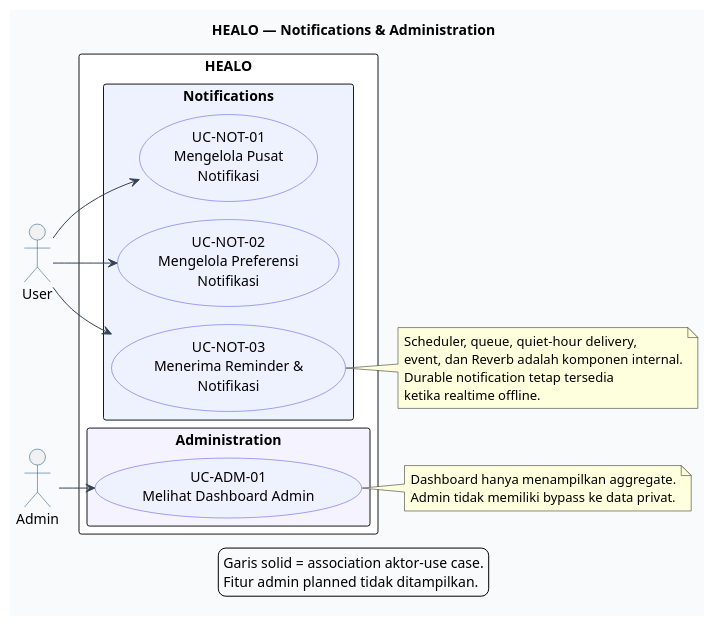
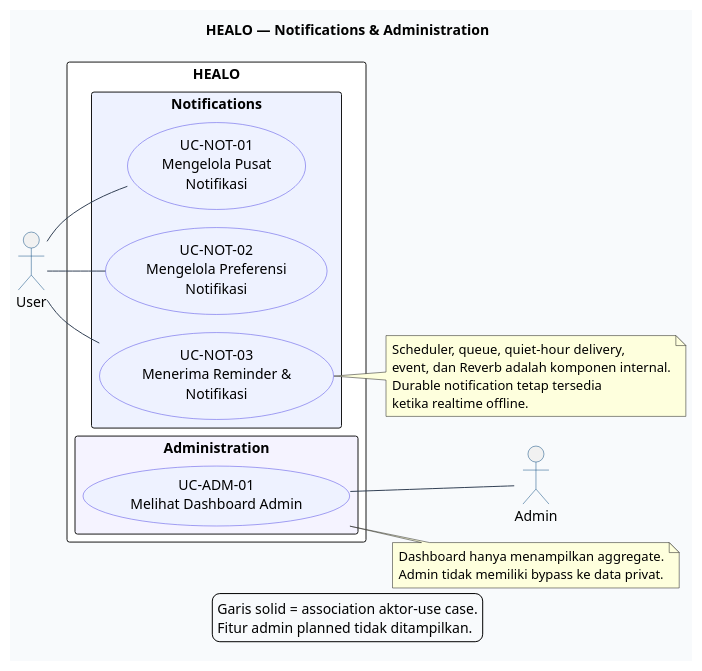
One commit to Daffa-Qiao/Healo changed the diagram in docs/as-built/04-use-case-diagrams/src/06-notifications-admin.puml. Above: the diagram before and after it, drawn with PlantUML. The commit also changed 113 other files, not shown here.

```diff
--- a/docs/as-built/04-use-case-diagrams/src/06-notifications-admin.puml
+++ b/docs/as-built/04-use-case-diagrams/src/06-notifications-admin.puml
@@ -1,49 +1,49 @@
 @startuml
 !pragma layout smetana
 title HEALO — Notifications & Administration
 left to right direction
 skinparam backgroundColor #F8FAFC
 skinparam shadowing false
 skinparam packageStyle rectangle
 skinparam defaultFontName Arial
 skinparam ArrowColor #334155
 skinparam ActorBorderColor #0F4C81
 skinparam UsecaseBorderColor #4F46E5
 skinparam UsecaseBackgroundColor #EEF2FF
 
 actor User as USER
 actor Admin as ADMIN
 
 rectangle "HEALO" #FFFFFF {
   package "Notifications" #EEF2FF {
     usecase "UC-NOT-01\nMengelola Pusat\nNotifikasi" as NOT01
     usecase "UC-NOT-02\nMengelola Preferensi\nNotifikasi" as NOT02
     usecase "UC-NOT-03\nMenerima Reminder &\nNotifikasi" as NOT03
   }
   package "Administration" #F5F3FF {
     usecase "UC-ADM-01\nMelihat Dashboard Admin" as ADM01
   }
 }
 
-USER --> NOT01
-USER --> NOT02
-USER --> NOT03
-ADMIN --> ADM01
+USER -- NOT01
+USER -- NOT02
+USER -- NOT03
+ADM01 -- ADMIN
 
 note right of NOT03
   Scheduler, queue, quiet-hour delivery,
   event, dan Reverb adalah komponen internal.
   Durable notification tetap tersedia
   ketika realtime offline.
 end note
 
 note right of ADM01
   Dashboard hanya menampilkan aggregate.
   Admin tidak memiliki bypass ke data privat.
 end note
 
 legend bottom
   Garis solid = association aktor-use case.
   Fitur admin planned tidak ditampilkan.
 endlegend
 @enduml
```
